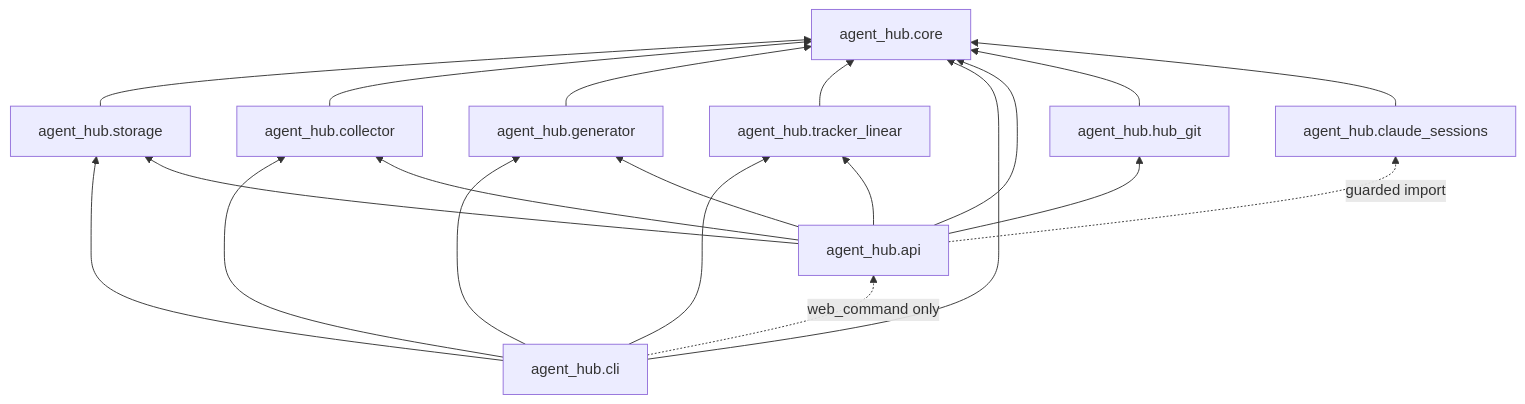
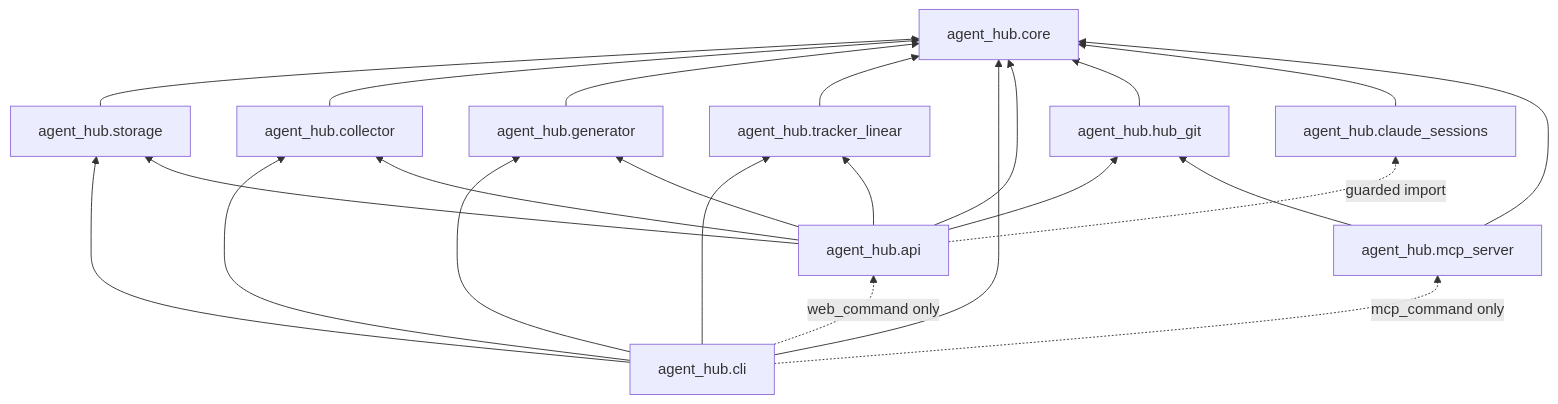
Before and after one commit to jroquette/agent-hub: the first of 2 diagrams in docs/ARCHITECTURE.md, drawn with Mermaid. The commit also changed other lines of this file and 6 other files, not shown here.

Commit message:
docs(docs): hub mcp in architecture, spec, readme and changelog

````diff
--- a/docs/ARCHITECTURE.md
+++ b/docs/ARCHITECTURE.md
@@ -78,22 +86,25 @@
 ```mermaid
 flowchart BT
   storage[agent_hub.storage] --> core[agent_hub.core]
   collector[agent_hub.collector] --> core
   generator[agent_hub.generator] --> core
   tracker_linear[agent_hub.tracker_linear] --> core
   cli[agent_hub.cli] --> core
   cli --> storage
   cli --> collector
   cli --> generator
   cli --> tracker_linear
   api[agent_hub.api] --> core
   api --> storage
   api --> collector
   api --> generator
   hub_git[agent_hub.hub_git] --> core
   api --> hub_git
   claude_sessions[agent_hub.claude_sessions] --> core
   api -. "guarded import" .-> claude_sessions
   api --> tracker_linear
   cli -. "web_command only" .-> api
+  mcp_server[agent_hub.mcp_server] --> core
+  mcp_server --> hub_git
+  cli -. "mcp_command only" .-> mcp_server
 ```
````
